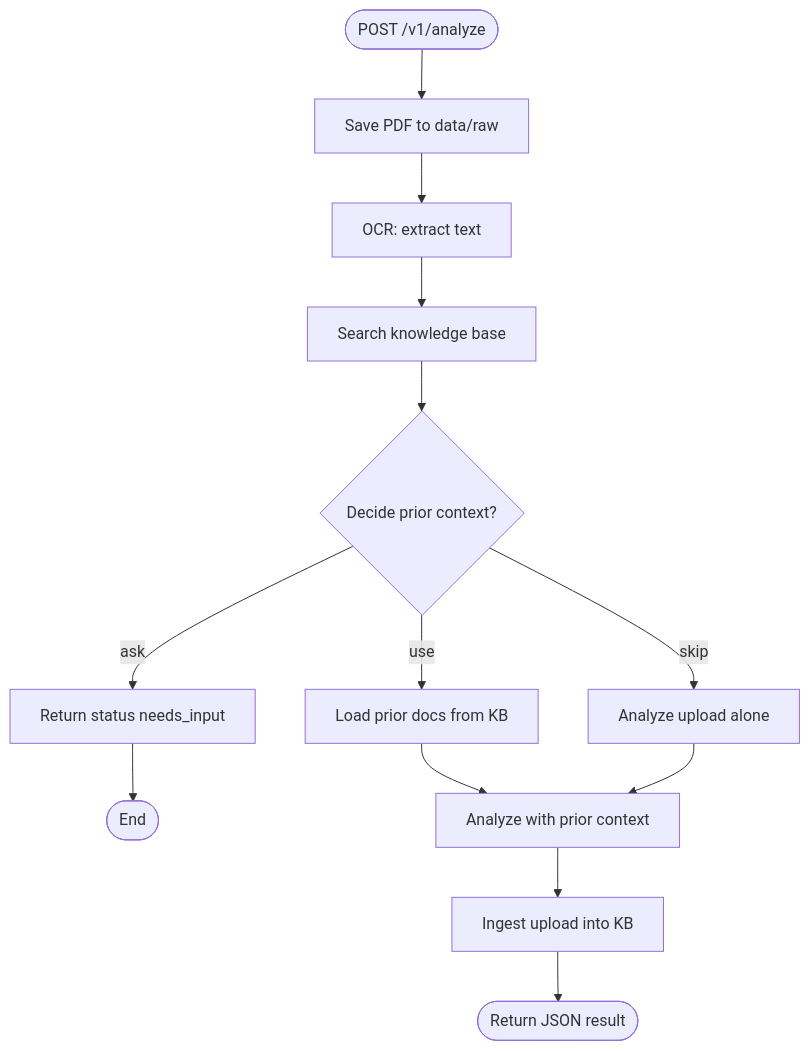
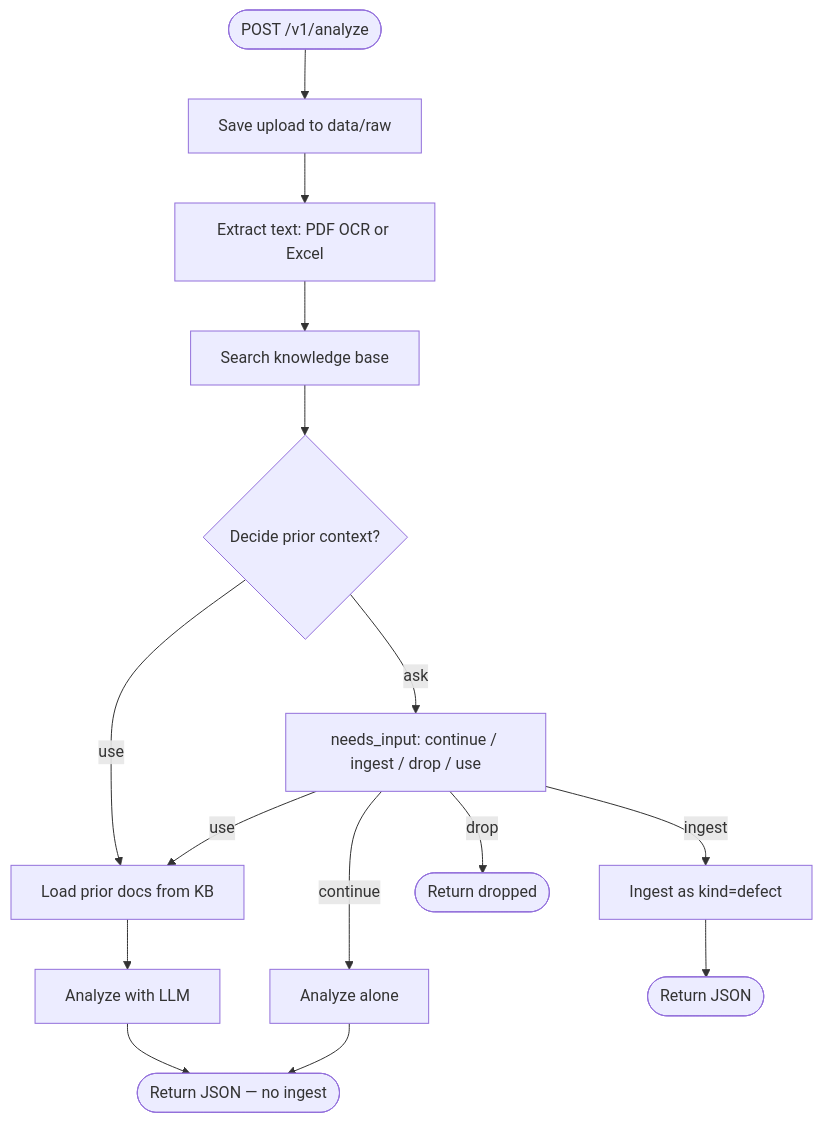
Before and after one commit to Ciiidddiee/agentic_ai_sample: the diagram in README.md, drawn with Mermaid. The commit also changed other lines of this file and 107 other files, not shown here.

Commit message:
feat: make the architecture more agentic

````diff
--- a/README.md
+++ b/README.md
@@ -123,19 +125,19 @@
 ```mermaid
 flowchart TD
-  start([POST /v1/analyze]) --> save[Save PDF to data/raw]
-  save --> ocr[OCR: extract text]
-  ocr --> search[Search knowledge base]
+  start([POST /v1/analyze]) --> save[Save upload to data/raw]
+  save --> extract[Extract text: PDF OCR or Excel]
+  extract --> search[Search knowledge base]
   search --> decide{Decide prior context?}
 
-  decide -->|ask| askOut[Return status needs_input]
-  askOut --> endAsk([End])
+  decide -->|use| loadPrior[Load prior docs from KB]
+  loadPrior --> analyze[Analyze with LLM]
+  analyze --> done([Return JSON — no ingest])
 
-  decide -->|use| loadPrior[Load prior docs from KB]
-  decide -->|skip| analyzeAlone[Analyze upload alone]
-
-  loadPrior --> analyzeCtx[Analyze with prior context]
-  analyzeAlone --> analyzeCtx
-
-  analyzeCtx --> ingest[Ingest upload into KB]
-  ingest --> done([Return JSON result])
+  decide -->|ask| askOut[needs_input: continue / ingest / drop / use]
+  askOut -->|continue| alone[Analyze alone]
+  alone --> done
+  askOut -->|use| loadPrior
+  askOut -->|ingest| ingestOnly[Ingest as kind=defect]
+  ingestOnly --> doneIngest([Return JSON])
+  askOut -->|drop| dropped([Return dropped])
 ```
````
